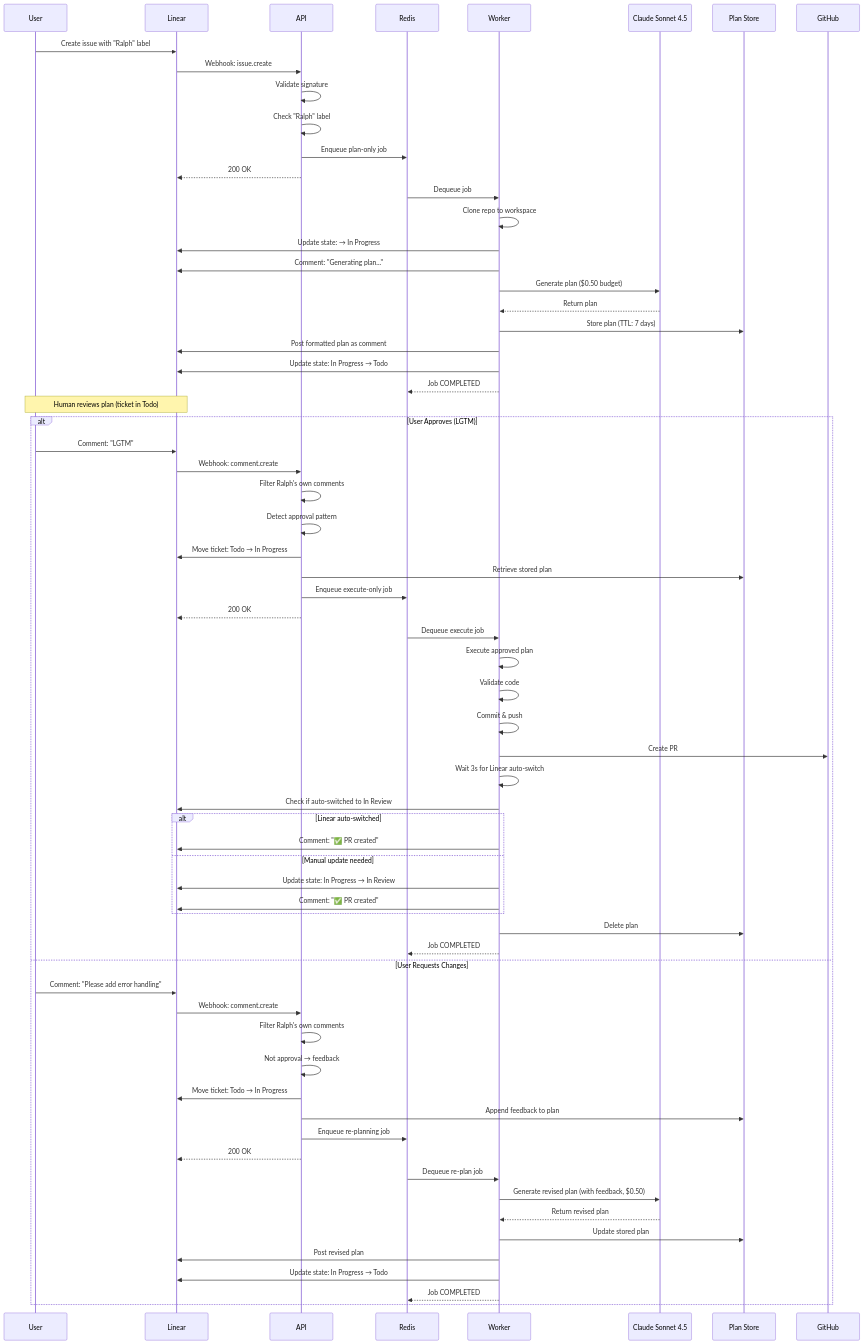
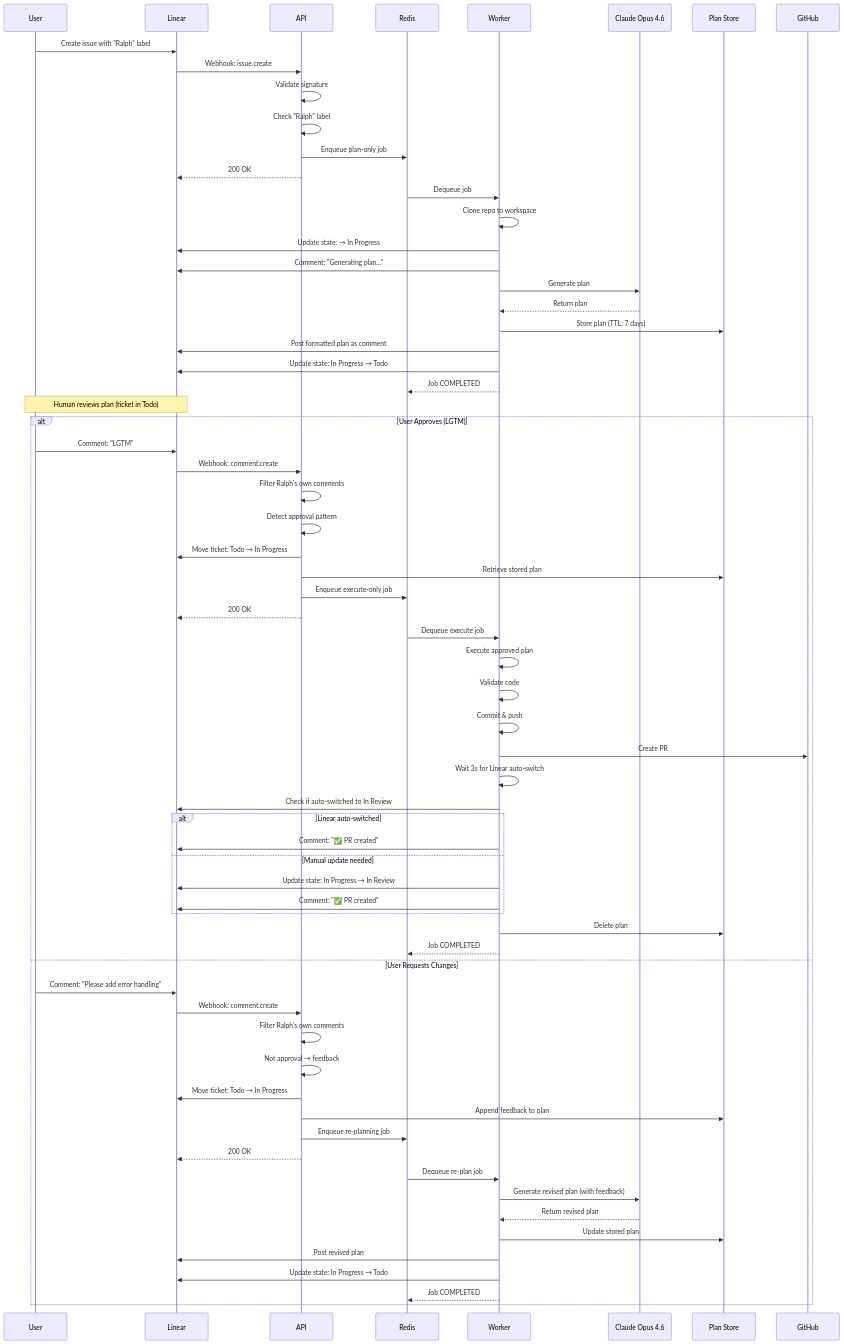
One commit to Replikanti/ralph-platform changed the second of 8 diagrams in ARCHITECTURE.md. Above: the diagram before and after it, drawn with Mermaid. The commit also changed other lines of this file and 1 other file, not shown here.

First line of the commit message:
docs: update README and ARCHITECTURE for Claude Max flat-rate

````diff
--- a/ARCHITECTURE.md
+++ b/ARCHITECTURE.md
@@ -287,75 +291,75 @@
 ```mermaid
 sequenceDiagram
     participant User
     participant Linear
     participant API
     participant Redis
     participant Worker
-    participant Sonnet as Claude Sonnet 4.5
+    participant Opus as Claude Opus 4.6
     participant Store as Plan Store
 
     User->>Linear: Create issue with "Ralph" label
     Linear->>API: Webhook: issue.create
     API->>API: Validate signature
     API->>API: Check "Ralph" label
     API->>Redis: Enqueue plan-only job
     API-->>Linear: 200 OK
 
     Redis->>Worker: Dequeue job
     Worker->>Worker: Clone repo to workspace
     Worker->>Linear: Update state: → In Progress
     Worker->>Linear: Comment: "Generating plan..."
-    Worker->>Sonnet: Generate plan ($0.50 budget)
-    Sonnet-->>Worker: Return plan
+    Worker->>Opus: Generate plan
+    Opus-->>Worker: Return plan
     Worker->>Store: Store plan (TTL: 7 days)
     Worker->>Linear: Post formatted plan as comment
     Worker->>Linear: Update state: In Progress → Todo
     Worker-->>Redis: Job COMPLETED
 
     Note over Linear,User: Human reviews plan (ticket in Todo)
 
     alt User Approves (LGTM)
         User->>Linear: Comment: "LGTM"
         Linear->>API: Webhook: comment.create
         API->>API: Filter Ralph's own comments
         API->>API: Detect approval pattern
         API->>Linear: Move ticket: Todo → In Progress
         API->>Store: Retrieve stored plan
         API->>Redis: Enqueue execute-only job
         API-->>Linear: 200 OK
 
         Redis->>Worker: Dequeue execute job
         Worker->>Worker: Execute approved plan
         Worker->>Worker: Validate code
         Worker->>Worker: Commit & push
         Worker->>GitHub: Create PR
         Worker->>Worker: Wait 3s for Linear auto-switch
         Worker->>Linear: Check if auto-switched to In Review
         alt Linear auto-switched
             Worker->>Linear: Comment: "✅ PR created"
         else Manual update needed
             Worker->>Linear: Update state: In Progress → In Review
             Worker->>Linear: Comment: "✅ PR created"
         end
         Worker->>Store: Delete plan
         Worker-->>Redis: Job COMPLETED
 
     else User Requests Changes
         User->>Linear: Comment: "Please add error handling"
         Linear->>API: Webhook: comment.create
         API->>API: Filter Ralph's own comments
         API->>API: Not approval → feedback
         API->>Linear: Move ticket: Todo → In Progress
         API->>Store: Append feedback to plan
         API->>Redis: Enqueue re-planning job
         API-->>Linear: 200 OK
 
         Redis->>Worker: Dequeue re-plan job
-        Worker->>Sonnet: Generate revised plan (with feedback, $0.50)
-        Sonnet-->>Worker: Return revised plan
+        Worker->>Opus: Generate revised plan (with feedback)
+        Opus-->>Worker: Return revised plan
         Worker->>Store: Update stored plan
         Worker->>Linear: Post revised plan
         Worker->>Linear: Update state: In Progress → Todo
         Worker-->>Redis: Job COMPLETED
     end
 ```
````
